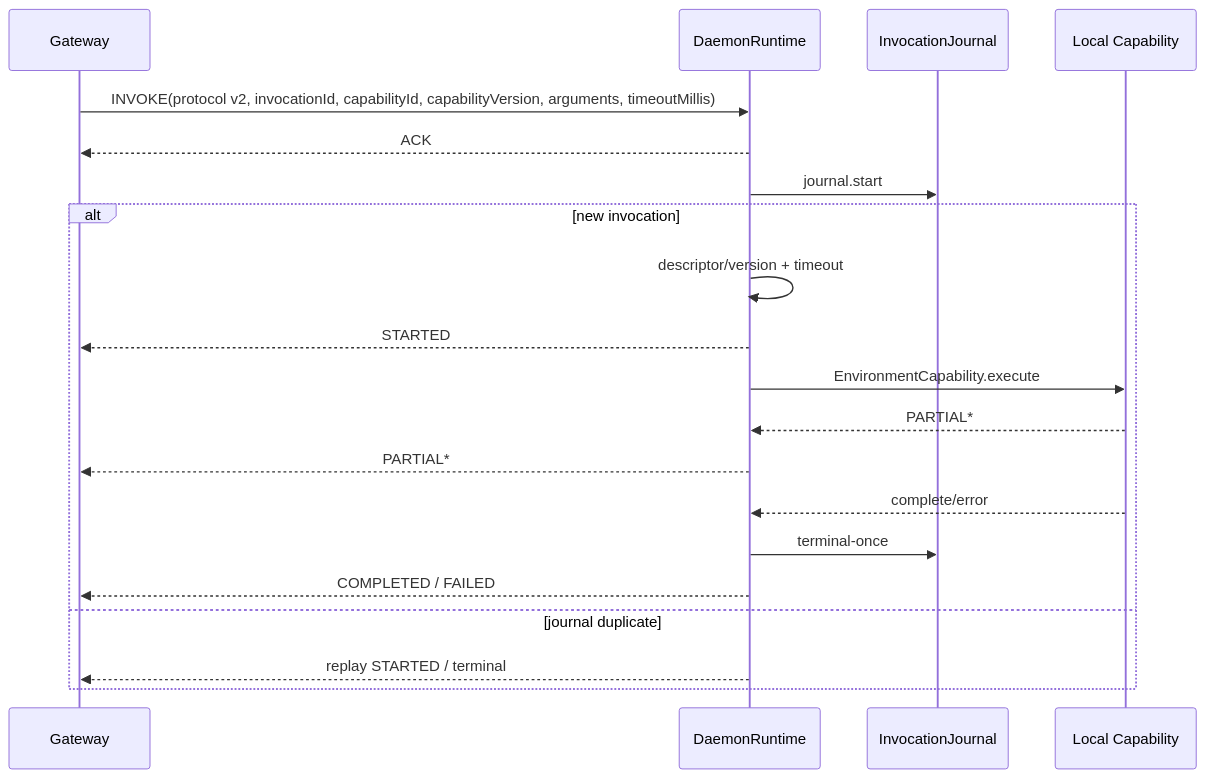
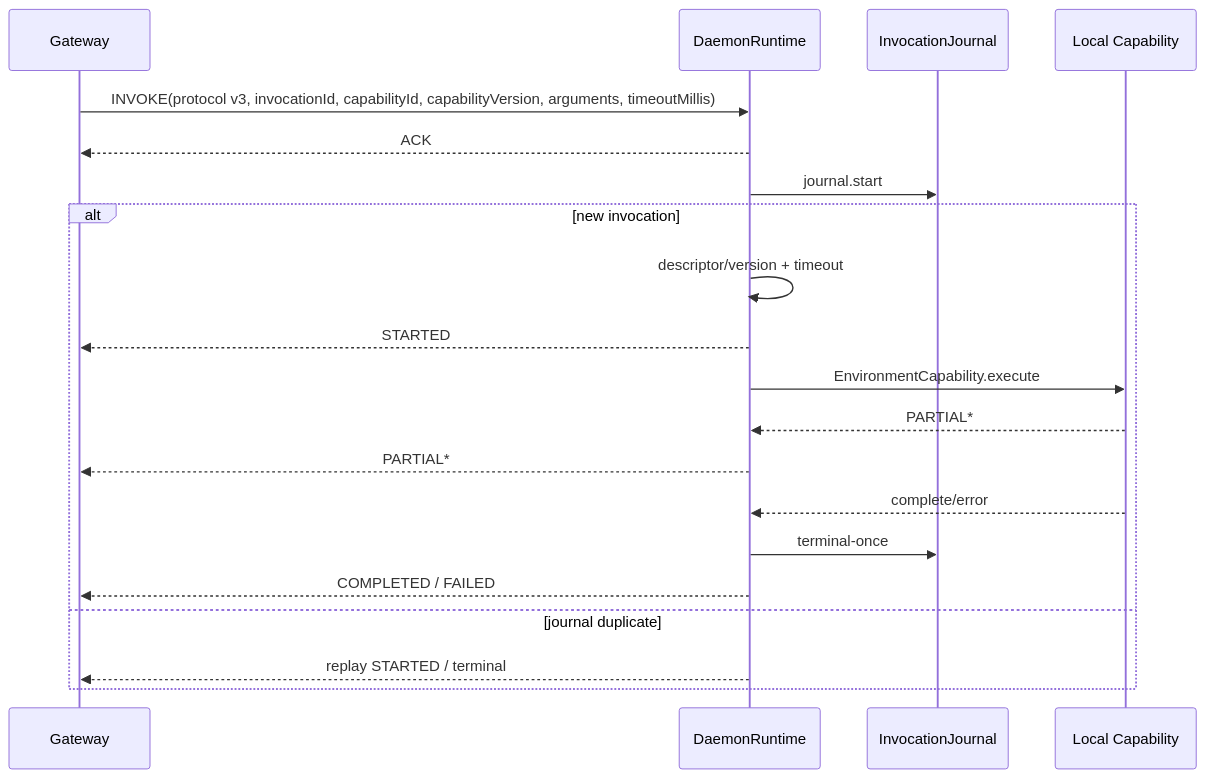
The diagram in docs/modules/harness-daemon.md (fengwk/kk-studio), drawn with Mermaid before and after one commit. The commit also changed other lines of this file and 82 other files, not shown here.

````diff
--- a/docs/modules/harness-daemon.md
+++ b/docs/modules/harness-daemon.md
@@ -164,22 +183,22 @@
 ```mermaid
 sequenceDiagram
   participant G as Gateway
   participant D as DaemonRuntime
   participant J as InvocationJournal
   participant C as Local Capability
-  G->>D: INVOKE(protocol v2, invocationId, capabilityId, capabilityVersion, arguments, timeoutMillis)
+  G->>D: INVOKE(protocol v3, invocationId, capabilityId, capabilityVersion, arguments, timeoutMillis)
   D-->>G: ACK
   D->>J: journal.start
   alt new invocation
     D->>D: descriptor/version + timeout
     D-->>G: STARTED
     D->>C: EnvironmentCapability.execute
     C-->>D: PARTIAL*
     D-->>G: PARTIAL*
     C-->>D: complete/error
     D->>J: terminal-once
     D-->>G: COMPLETED / FAILED
   else journal duplicate
     D-->>G: replay STARTED / terminal
   end
 ```
````
